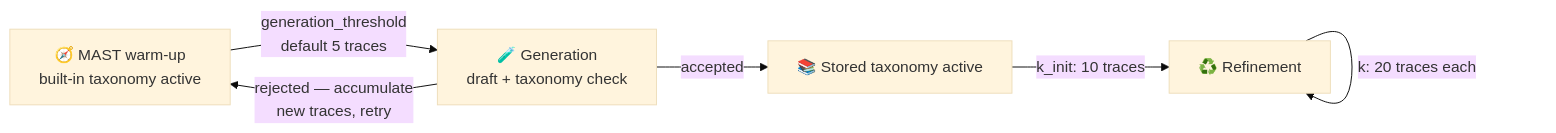
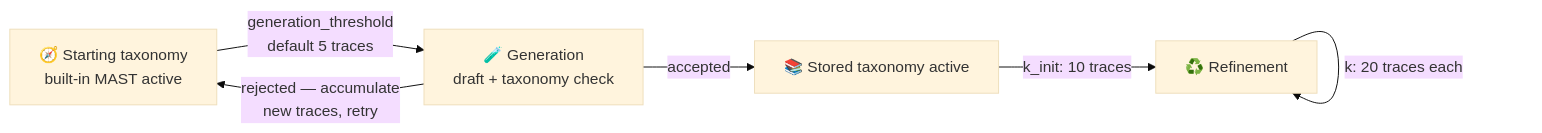
One commit to multi-agent-systems-failure-taxonomy/AdaMAST changed the diagram in docs/TRACES_AND_LEARNING.md. Above: the diagram before and after it, drawn with Mermaid (base theme). The commit also changed other lines of this file and 27 other files, not shown here.

````diff
--- a/docs/TRACES_AND_LEARNING.md
+++ b/docs/TRACES_AND_LEARNING.md
@@ -13,8 +13,8 @@
 ```mermaid
 flowchart LR
-    A["🧭 MAST warm-up<br/>built-in taxonomy active"] -->|"generation_threshold<br/>default 5 traces"| B["🧪 Generation<br/>draft + taxonomy check"]
+    A["🧭 Starting taxonomy<br/>built-in MAST active"] -->|"generation_threshold<br/>default 5 traces"| B["🧪 Generation<br/>draft + taxonomy check"]
     B -->|accepted| C["📚 Stored taxonomy active"]
     B -->|"rejected — accumulate<br/>new traces, retry"| A
     C -->|"k_init: 10 traces"| D["♻️ Refinement"]
     D -->|"k: 20 traces each"| D
 ```
````
